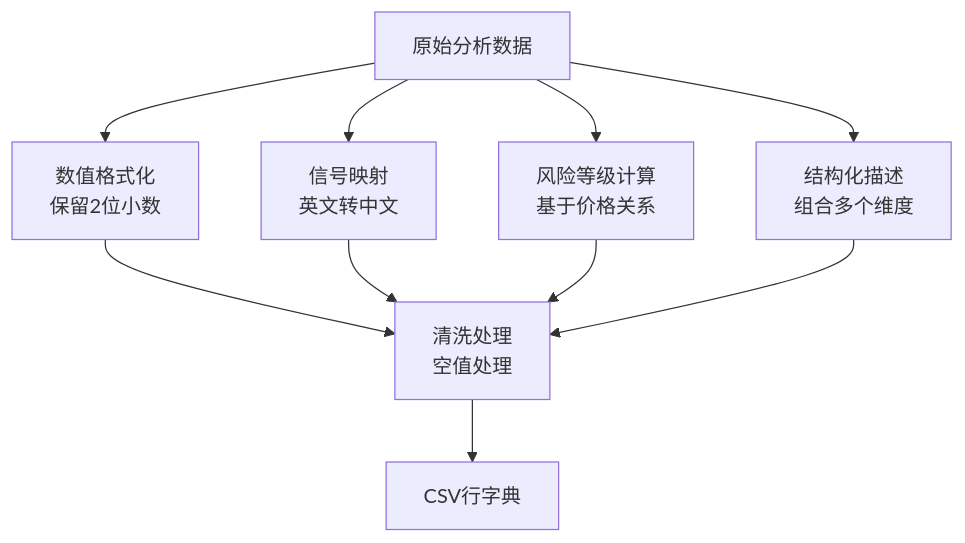
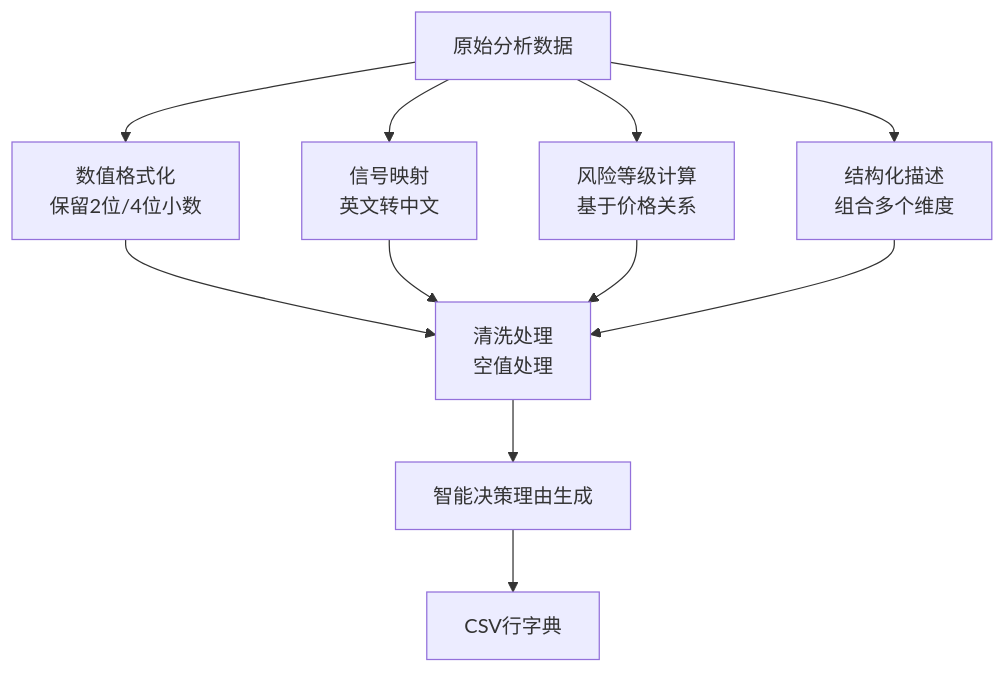
The third of 9 diagrams in .qoder/repowiki/zh/content/技术分析系统/CSV日志记录系统.md (dexy1024/fin-analysis), drawn with Mermaid before and after one commit. The commit also changed other lines of this file and 8 other files, not shown here.

````diff
--- a/.qoder/repowiki/zh/content/技术分析系统/CSV日志记录系统.md
+++ b/.qoder/repowiki/zh/content/技术分析系统/CSV日志记录系统.md
@@ -149,12 +168,13 @@
 ```mermaid
 flowchart TD
-RAW[原始分析数据] --> FORMAT1[数值格式化<br/>保留2位小数]
+RAW[原始分析数据] --> FORMAT1[数值格式化<br/>保留2位/4位小数]
 RAW --> FORMAT2[信号映射<br/>英文转中文]
 RAW --> FORMAT3[风险等级计算<br/>基于价格关系]
 RAW --> FORMAT4[结构化描述<br/>组合多个维度]
 FORMAT1 --> CLEAN[清洗处理<br/>空值处理]
 FORMAT2 --> CLEAN
 FORMAT3 --> CLEAN
 FORMAT4 --> CLEAN
-CLEAN --> OUTPUT[CSV行字典]
+CLEAN --> SMART_REASON[智能决策理由生成]
+SMART_REASON --> OUTPUT[CSV行字典]
 ```
````
